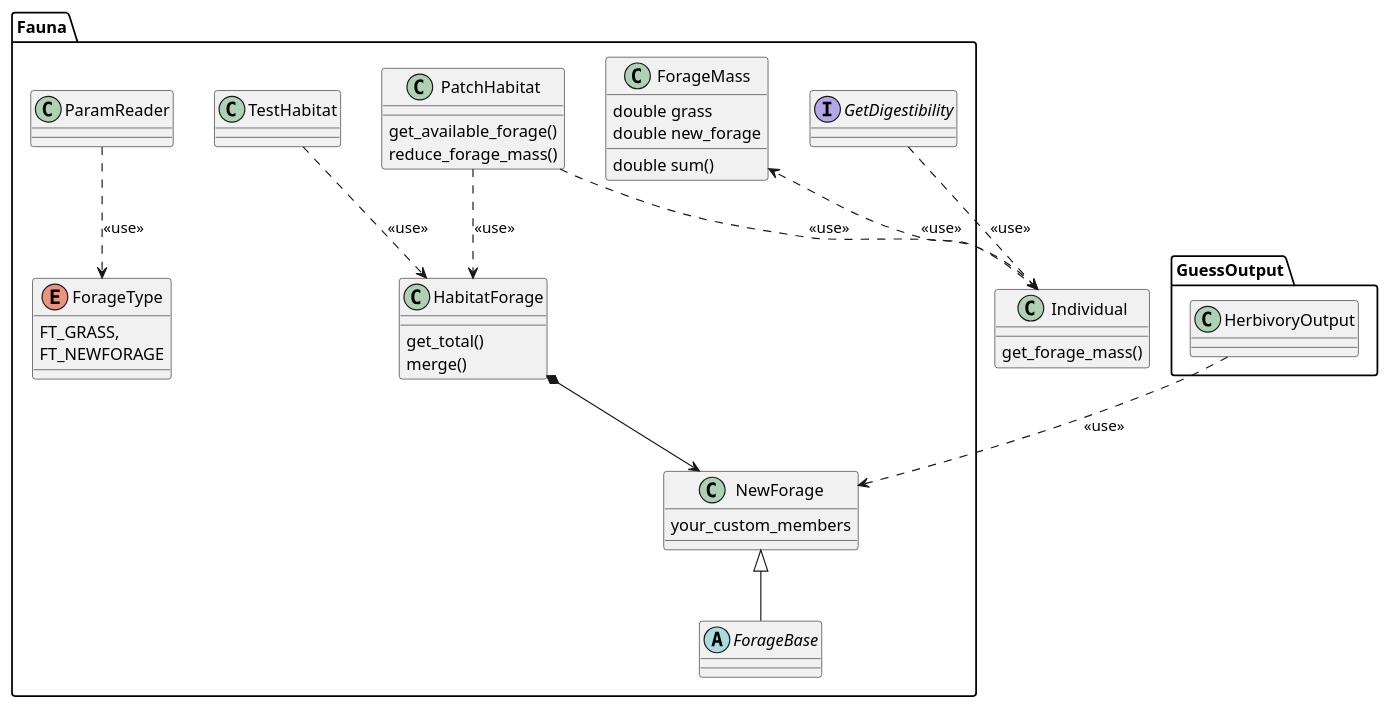
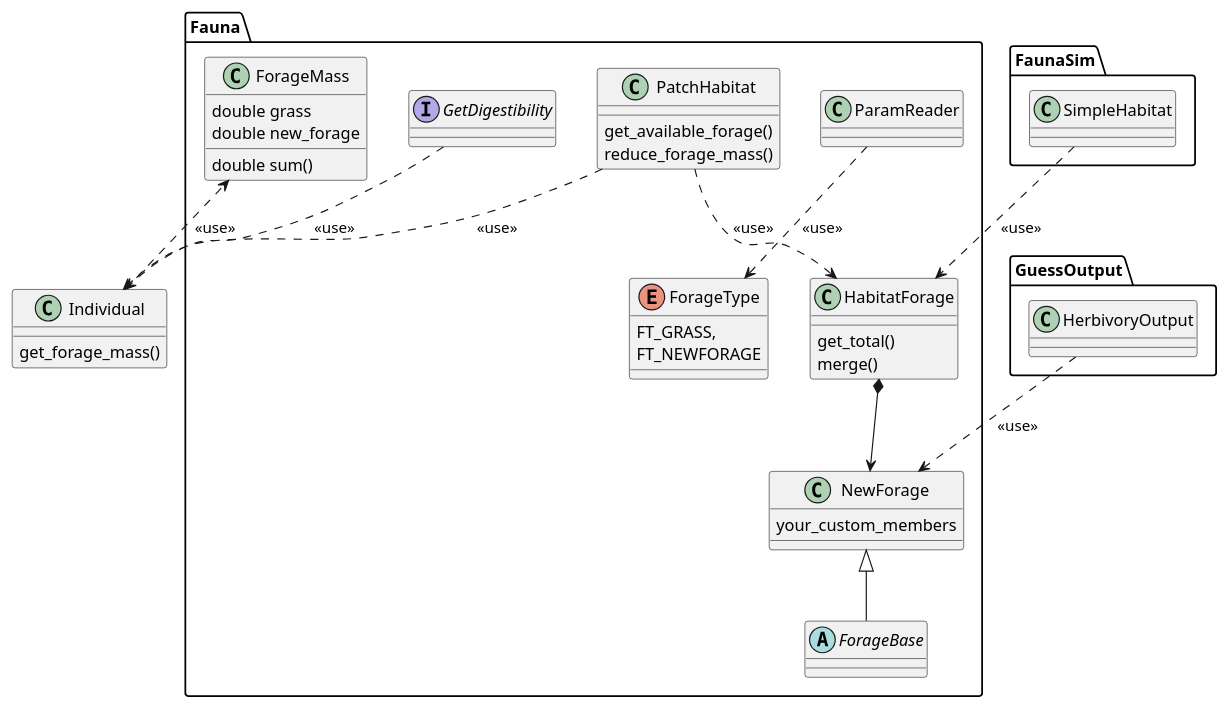
Before and after one commit to wtraylor/modular_megafauna_model: the second of 2 diagrams in doxygen/herbiv_tutor.md, drawn with PlantUML. The commit also changed 11 other files, not shown here.

```diff
--- a/doxygen/herbiv_tutor.md
+++ b/doxygen/herbiv_tutor.md
@@ -55,38 +55,38 @@
 @startuml "Relationships for a new forage type"
 namespace Fauna{
 	enum ForageType {
 		FT_GRASS,
 		FT_NEWFORAGE
 	}
 	ParamReader ..> ForageType : <<use>>
 	class ForageMass{
 		double grass
 		double new_forage
 		double sum()
 	}
 	abstract ForageBase
 	class NewForage{
 		your_custom_members
 	}
 	NewForage <|-- ForageBase
 	class HabitatForage{
 		get_total()
 		merge()
 	}
 	HabitatForage *--> NewForage
 	interface GetDigestibility
 	class PatchHabitat{
 		get_available_forage()
 		reduce_forage_mass()
 	}
 	PatchHabitat ..> HabitatForage : <<use>>
-	TestHabitat  ..> HabitatForage : <<use>>
 }
+FaunaSim.SimpleHabitat  ..> Fauna.HabitatForage : <<use>>
 class Individual{
 	get_forage_mass()
 }
 Fauna.PatchHabitat          ..> Individual       : <<use>>
 Fauna.GetDigestibility      ..> Individual       : <<use>>
 Individual                  ..> Fauna.ForageMass : <<use>>
 GuessOutput.HerbivoryOutput ..> Fauna.NewForage  : <<use>>
 @enduml
```
